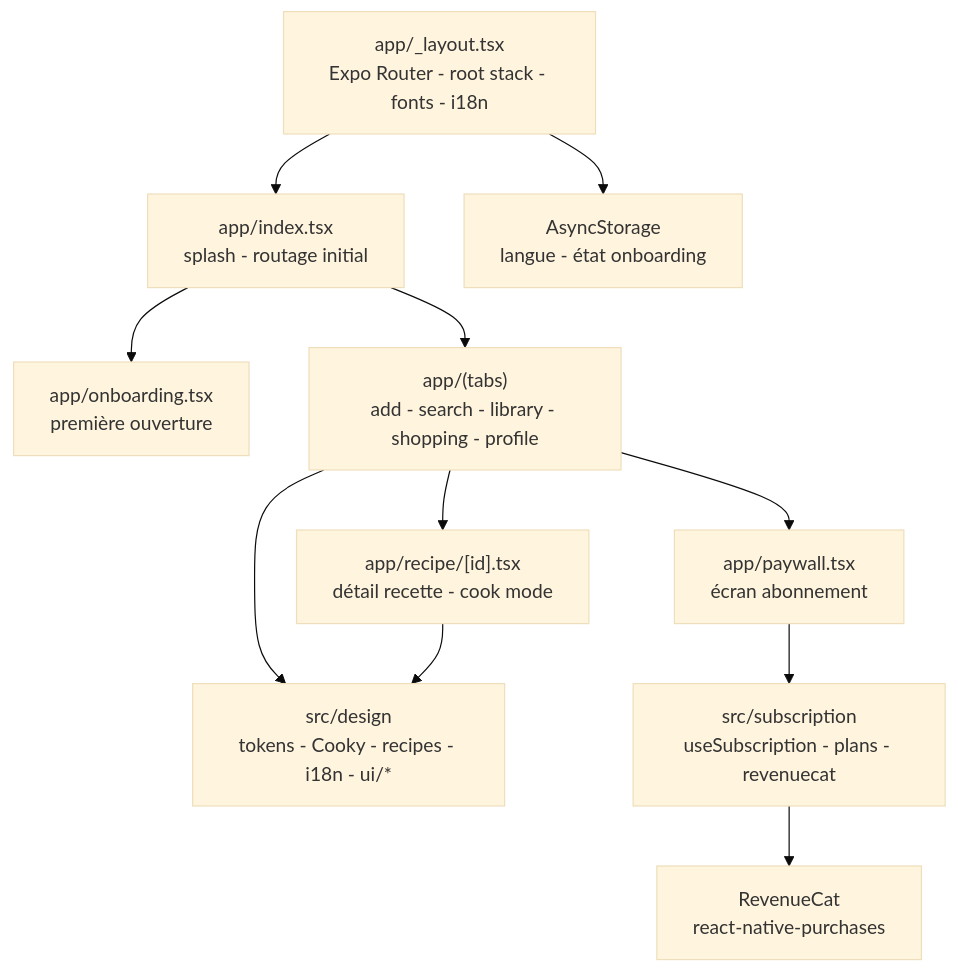
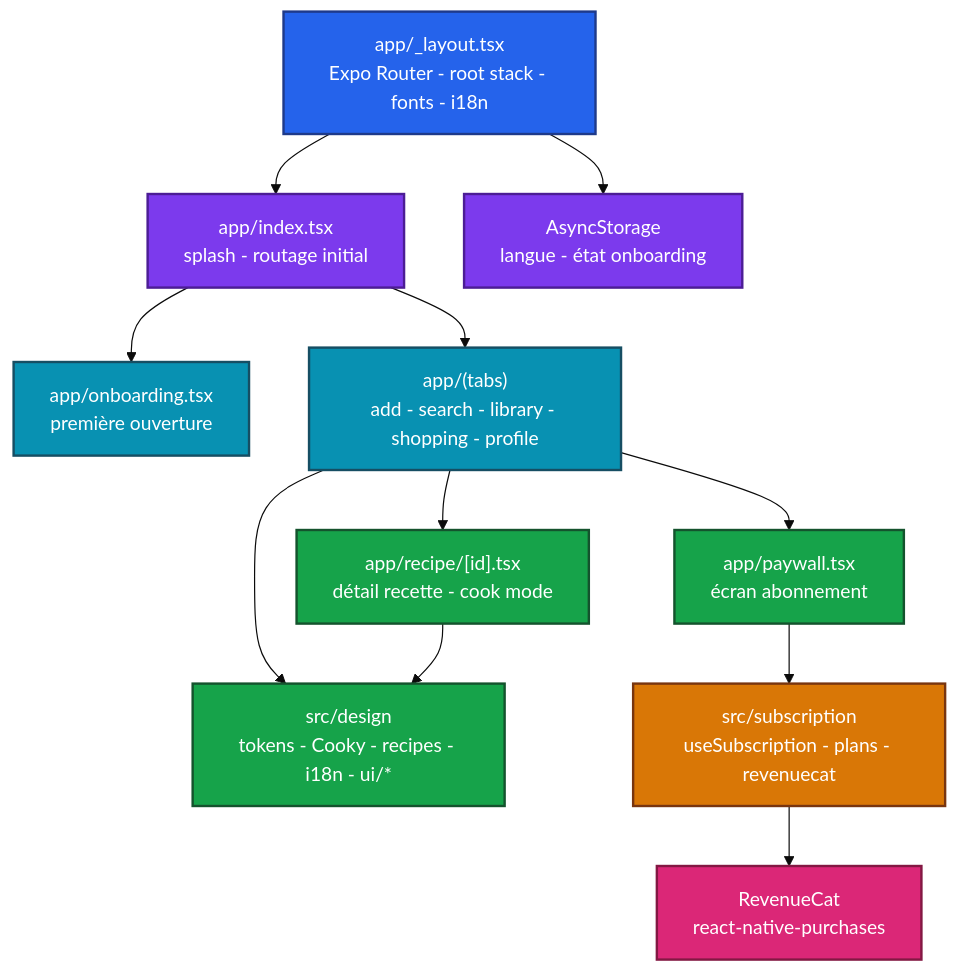
Before and after one commit to Adam-Blf/let-me-cook: the diagram in README.md, drawn with Mermaid (base theme).

Commit message:
docs: add colors to mermaid diagrams (#4)
Each node gets a palette class (by subgraph or by flow depth), subgraphs are tinted, non-flowchart diagrams use a colored base theme. Validated by rendering every diagram before and after.

````diff
--- a/README.md
+++ b/README.md
@@ -18,24 +18,37 @@
 ```mermaid
 flowchart TB
     Root["app/_layout.tsx<br/>Expo Router - root stack - fonts - i18n"]
     Index["app/index.tsx<br/>splash - routage initial"]
     Onboarding["app/onboarding.tsx<br/>première ouverture"]
     Tabs["app/(tabs)<br/>add - search - library - shopping - profile"]
     Recipe["app/recipe/[id].tsx<br/>détail recette - cook mode"]
     Paywall["app/paywall.tsx<br/>écran abonnement"]
     Design["src/design<br/>tokens - Cooky - recipes - i18n - ui/*"]
     Sub["src/subscription<br/>useSubscription - plans - revenuecat"]
     Store["AsyncStorage<br/>langue - état onboarding"]
     RC["RevenueCat<br/>react-native-purchases"]
 
     Root --> Index
     Index --> Onboarding
     Index --> Tabs
     Tabs --> Recipe
     Tabs --> Paywall
     Tabs --> Design
     Recipe --> Design
     Paywall --> Sub
     Sub --> RC
     Root --> Store
+
+    classDef c0 fill:#2563eb,stroke:#1e3a8a,stroke-width:2px,color:#ffffff
+    classDef c1 fill:#7c3aed,stroke:#4c1d95,stroke-width:2px,color:#ffffff
+    classDef c2 fill:#0891b2,stroke:#164e63,stroke-width:2px,color:#ffffff
+    classDef c3 fill:#16a34a,stroke:#14532d,stroke-width:2px,color:#ffffff
+    classDef c4 fill:#d97706,stroke:#78350f,stroke-width:2px,color:#ffffff
+    classDef c5 fill:#db2777,stroke:#831843,stroke-width:2px,color:#ffffff
+    class Root c0
+    class Index,Store c1
+    class Onboarding,Tabs c2
+    class Recipe,Paywall,Design c3
+    class Sub c4
+    class RC c5
 ```
````
